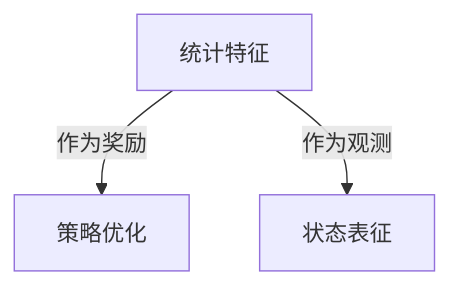
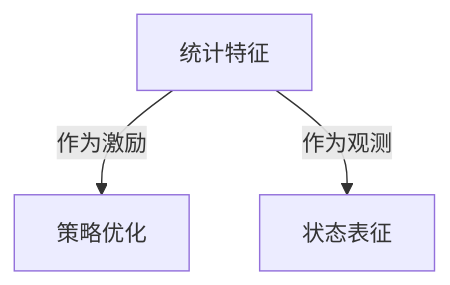
Before and after one commit to zengliangjun/HUMANOID: the third of 3 diagrams in README.md, drawn with Mermaid. The commit also changed other lines of this file, not shown here.

````diff
--- a/README.md
+++ b/README.md
@@ -172,5 +140,5 @@
    ```mermaid
    graph TB
-     S[统计特征] -->|作为奖励| R[策略优化]
+     S[统计特征] -->|作为激励| R[策略优化]
      S -->|作为观测| O[状态表征]
    ```
````
